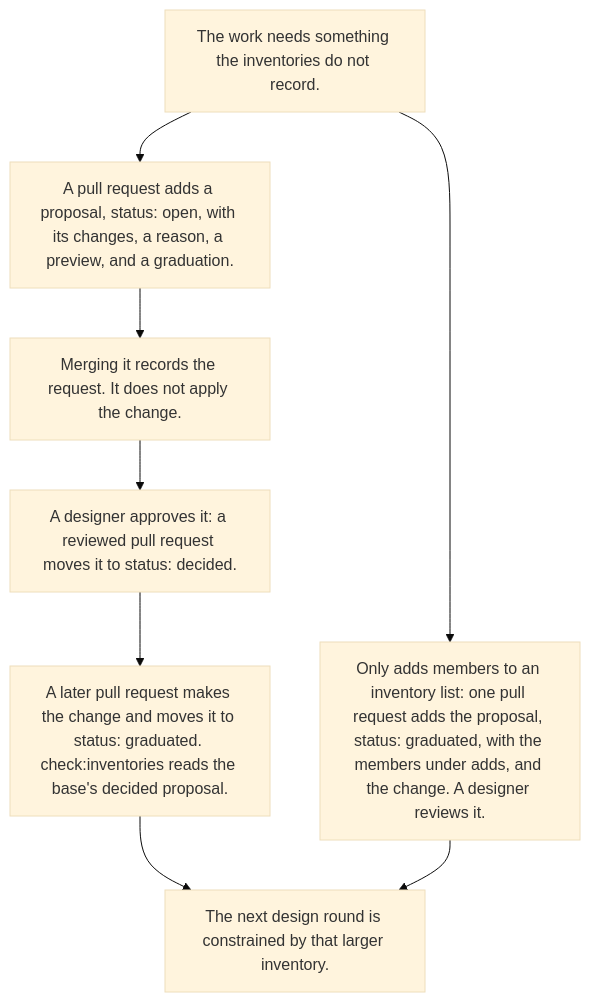
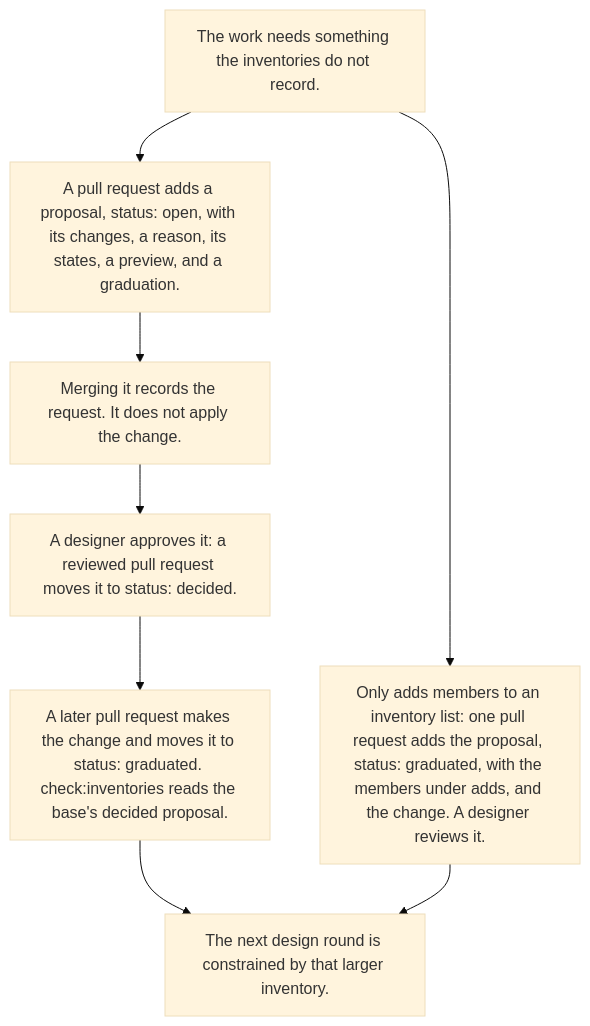
Before and after one commit to tounsoo/agent-design-loop: the fourth of 7 diagrams in packages/harness/docs/how-it-works.md, drawn with Mermaid (base theme). The commit also changed other lines of this file and 11 other files, not shown here.

````diff
--- a/packages/harness/docs/how-it-works.md
+++ b/packages/harness/docs/how-it-works.md
@@ -276,12 +276,12 @@
 ```mermaid
 flowchart TB
   gap["The work needs something the inventories do not record."]
-  file["A pull request adds a proposal, status: open, with its changes, a reason, a preview, and a graduation."]
+  file["A pull request adds a proposal, status: open, with its changes, a reason, its states, a preview, and a graduation."]
   record["Merging it records the request. It does not apply the change."]
   person["A designer approves it: a reviewed pull request moves it to status: decided."]
   graduate["A later pull request makes the change and moves it to status: graduated. check:inventories reads the base's decided proposal."]
   adds["Only adds members to an inventory list: one pull request adds the proposal, status: graduated, with the members under adds, and the change. A designer reviews it."]
   next["The next design round is constrained by that larger inventory."]
   gap --> file --> record --> person --> graduate --> next
   gap --> adds --> next
 ```
````
